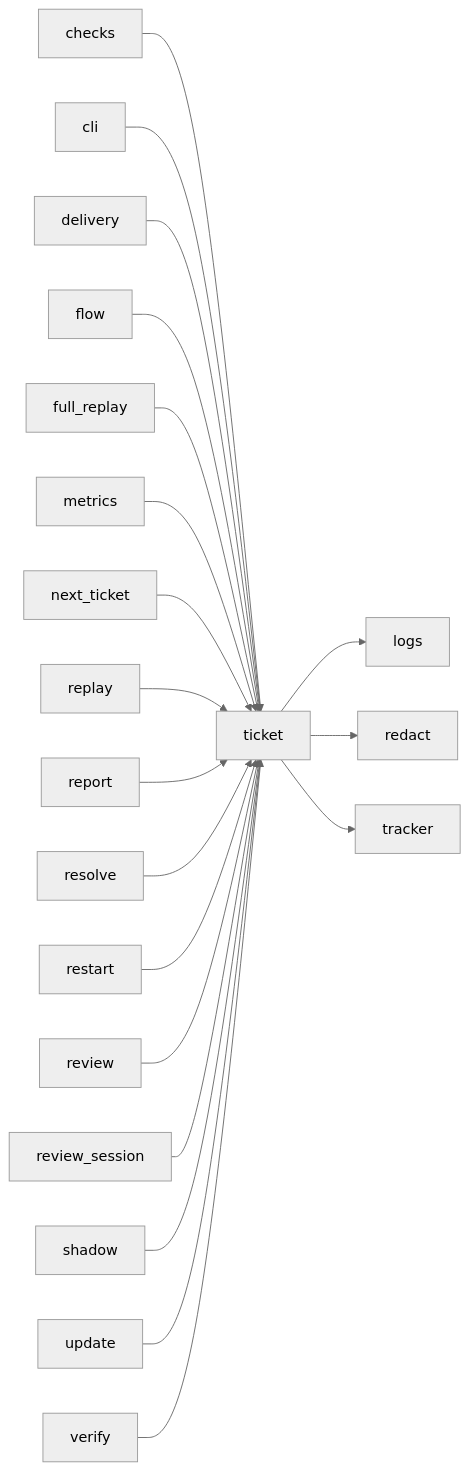
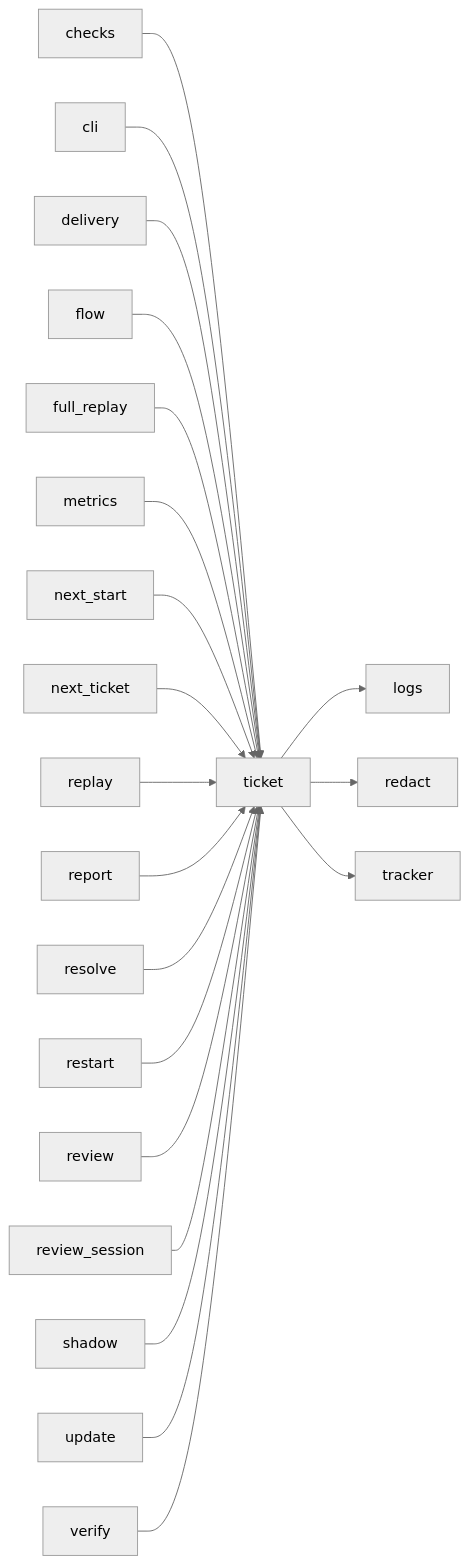
The third of 3 diagrams in docs/architecture/modules/ticket.md (plaplanche/ariane), drawn with Mermaid (neutral theme) before and after one commit. The commit also changed 27 other files, not shown here.

````diff
--- a/docs/architecture/modules/ticket.md
+++ b/docs/architecture/modules/ticket.md
@@ -95,22 +95,23 @@
 ```mermaid
 flowchart LR
   checks --> ticket
   cli --> ticket
   delivery --> ticket
   flow --> ticket
   full_replay --> ticket
   metrics --> ticket
+  next_start --> ticket
   next_ticket --> ticket
   replay --> ticket
   report --> ticket
   resolve --> ticket
   restart --> ticket
   review --> ticket
   review_session --> ticket
   shadow --> ticket
   ticket --> logs
   ticket --> redact
   ticket --> tracker
   update --> ticket
   verify --> ticket
 ```
````
